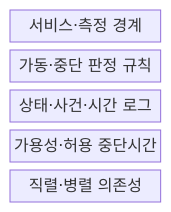
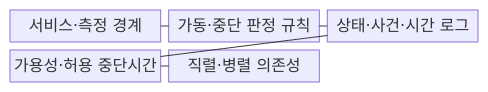
Before and after one commit to agnusdei1207/knowledge-base: the first of 2 diagrams in src/content/docs/notes/06-evaluation/013_availability_calculation.md, drawn with Mermaid. The commit also changed other lines of this file and 53 other files, not shown here.

````diff
--- a/src/content/docs/notes/06-evaluation/013_availability_calculation.md
+++ b/src/content/docs/notes/06-evaluation/013_availability_calculation.md
@@ -55,9 +55,13 @@
 ```mermaid
 block-beta
-  columns 1
+  columns 3
   S["서비스·측정 경계"]
   R["가동·중단 판정 규칙"]
   L["상태·사건·시간 로그"]
   A["가용성·허용 중단시간"]
   D["직렬·병렬 의존성"]
+  S --- R
+  R --- L
+  L --- A
+  A --- D
 ```
````
